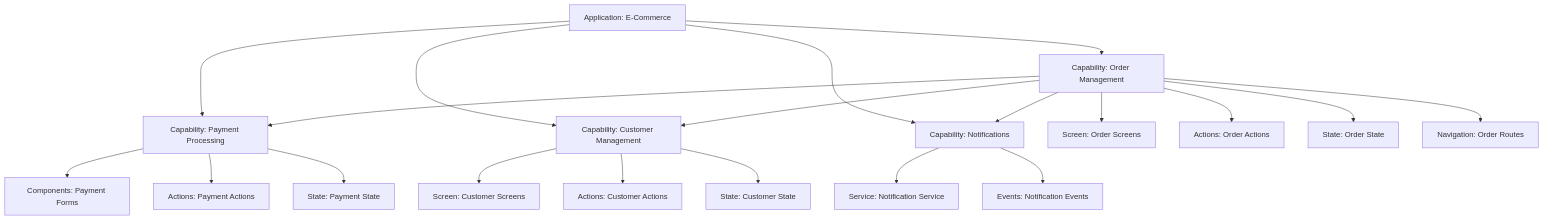
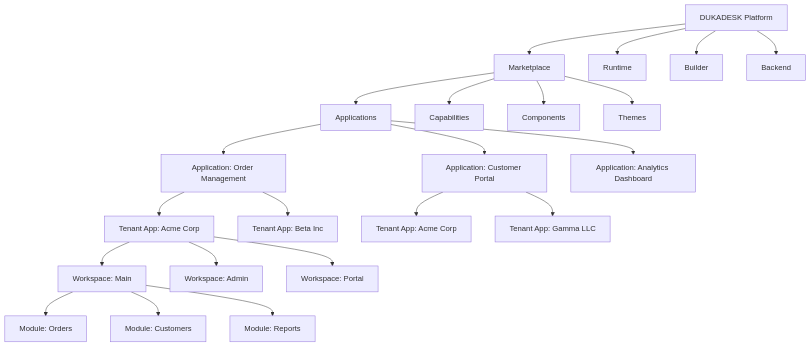
One commit to DukaDesk/KNOWLEDGE-BASE changed the ninth of 10 diagrams in ARCHITECTURE/application-architecture-overview.md. Above: the diagram before and after it, drawn with Mermaid. The commit also changed other lines of this file and 1 other file, not shown here.

First line of the commit message:
KB-041 Application Architecture Overview: production-quality rewrite

````diff
--- a/ARCHITECTURE/application-architecture-overview.md
+++ b/ARCHITECTURE/application-architecture-overview.md
@@ -924,27 +1344,30 @@
 ```mermaid
 graph TD
-    APP3[Application: E-Commerce] --> ORD_CAP[Capability: Order Management]
-    APP3 --> CUST_CAP[Capability: Customer Management]
-    APP3 --> PAY_CAP[Capability: Payment Processing]
-    APP3 --> NOT_CAP[Capability: Notifications]
+    PLATFORM[DUKADESK Platform] --> MP2[Marketplace]
+    PLATFORM --> RUNTIME3[Runtime]
+    PLATFORM --> BUILDER2[Builder]
+    PLATFORM --> BACKEND2[Backend]
 
-    ORD_CAP --> ORD_SCR[Screen: Order Screens]
-    ORD_CAP --> ORD_ACT[Actions: Order Actions]
-    ORD_CAP --> ORD_ST[State: Order State]
-    ORD_CAP --> ORD_NAV[Navigation: Order Routes]
+    MP2 --> APPS[Applications]
+    MP2 --> CAPS[Capabilities]
+    MP2 --> COMPS[Components]
+    MP2 --> THEMES[Themes]
 
-    CUST_CAP --> CUST_SCR[Screen: Customer Screens]
-    CUST_CAP --> CUST_ACT[Actions: Customer Actions]
-    CUST_CAP --> CUST_ST[State: Customer State]
+    APPS --> APP_A[Application: Order Management]
+    APPS --> APP_B[Application: Customer Portal]
+    APPS --> APP_C[Application: Analytics Dashboard]
 
-    PAY_CAP --> PAY_COMP[Components: Payment Forms]
-    PAY_CAP --> PAY_ACT[Actions: Payment Actions]
-    PAY_CAP --> PAY_ST[State: Payment State]
+    APP_A --> TA_A1[Tenant App: Acme Corp]
+    APP_A --> TA_A2[Tenant App: Beta Inc]
 
-    NOT_CAP --> NOT_SRV[Service: Notification Service]
-    NOT_CAP --> NOT_EV[Events: Notification Events]
+    APP_B --> TA_B1[Tenant App: Acme Corp]
+    APP_B --> TA_B2[Tenant App: Gamma LLC]
 
-    ORD_CAP --> PAY_CAP
-    ORD_CAP --> CUST_CAP
-    ORD_CAP --> NOT_CAP
+    TA_A1 --> WS_MAIN[Workspace: Main]
+    TA_A1 --> WS_ADMIN[Workspace: Admin]
+    TA_A1 --> WS_PORTAL[Workspace: Portal]
+
+    WS_MAIN --> MOD_ORD[Module: Orders]
+    WS_MAIN --> MOD_CUST[Module: Customers]
+    WS_MAIN --> MOD_RPT[Module: Reports]
 ```
````
